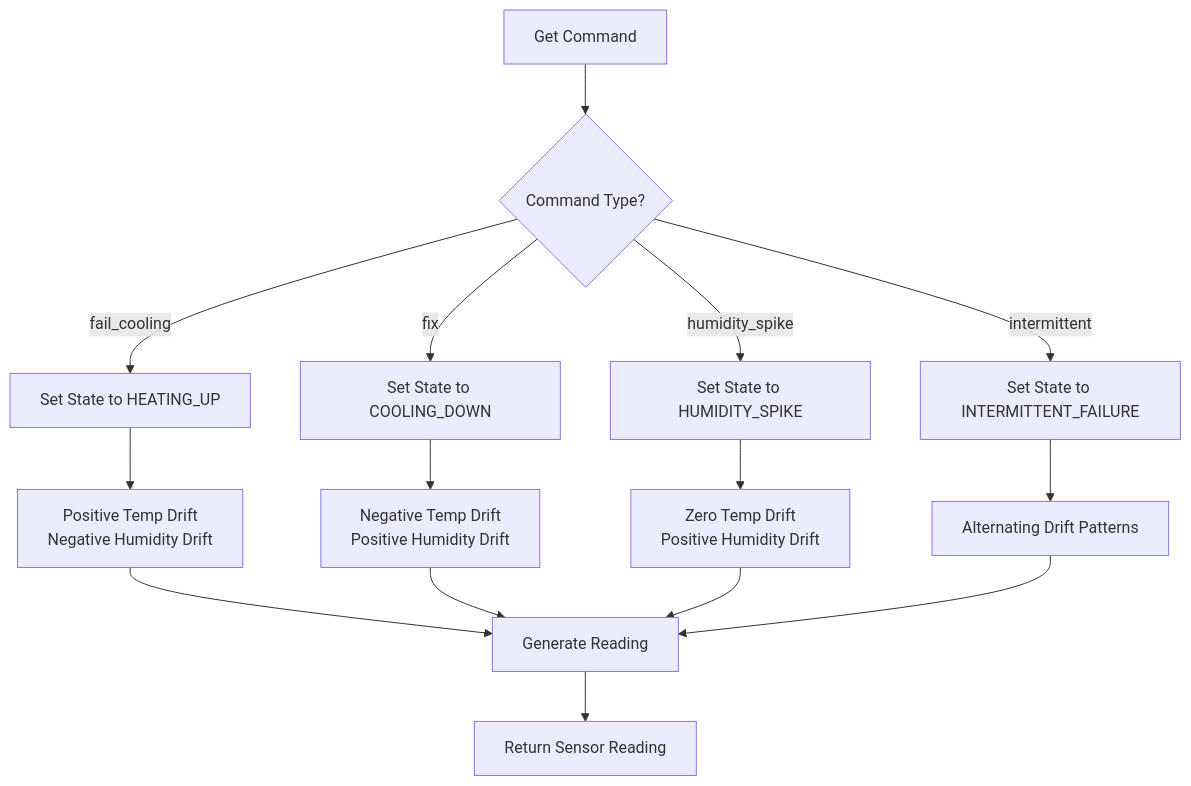
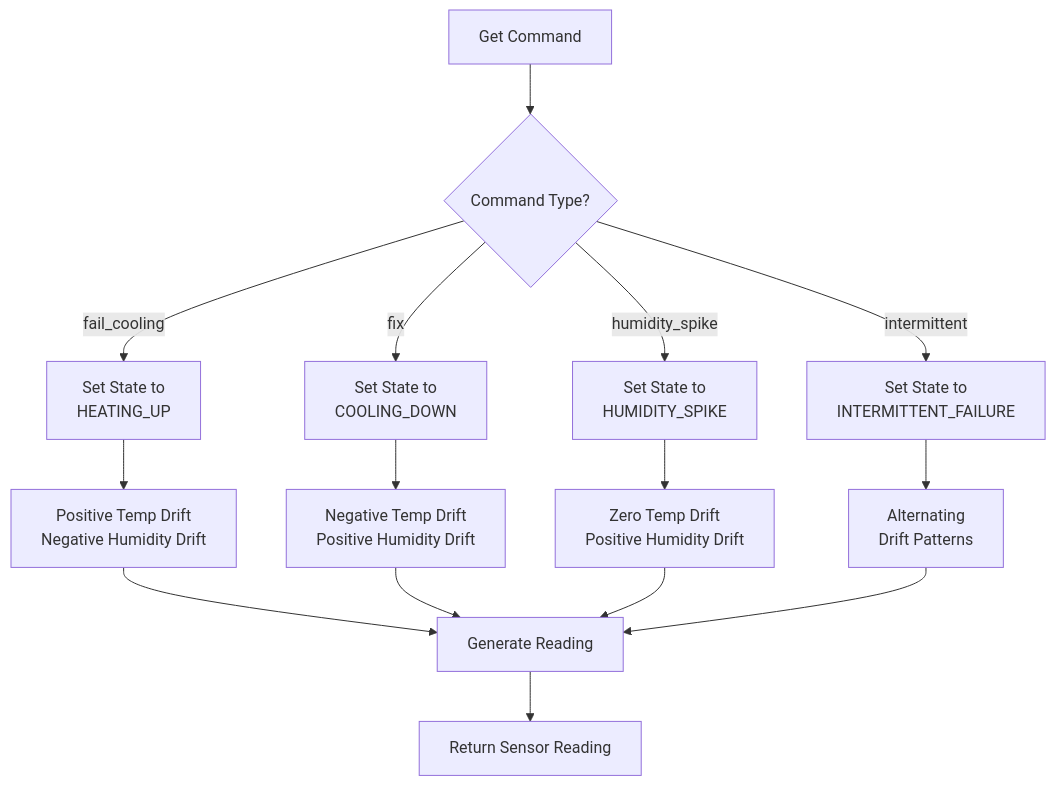
One commit to Oshadha345/server-sentinel-c changed the second of 4 diagrams in docs/flowchart.md. Above: the diagram before and after it, drawn with Mermaid. The commit also changed other lines of this file, not shown here.

First line of the commit message:
Enhance flowchart docs with improved formatting and clarity

````diff
--- a/docs/flowchart.md
+++ b/docs/flowchart.md
@@ -40,20 +43,20 @@
 ```mermaid
 graph TD
     A2[Get Command] --> B2{Command Type?}
-    B2 -- fail_cooling --> C2[Set State to HEATING_UP]
-    B2 -- fix --> D2[Set State to COOLING_DOWN]
-    B2 -- humidity_spike --> E2[Set State to HUMIDITY_SPIKE]
-    B2 -- intermittent --> F2[Set State to INTERMITTENT_FAILURE]
+    B2 -- fail_cooling --> C2[Set State to<br>HEATING_UP]
+    B2 -- fix --> D2[Set State to<br>COOLING_DOWN]
+    B2 -- humidity_spike --> E2[Set State to<br>HUMIDITY_SPIKE]
+    B2 -- intermittent --> F2[Set State to<br>INTERMITTENT_FAILURE]
     
     C2 --> G2[Positive Temp Drift<br>Negative Humidity Drift]
     D2 --> H2[Negative Temp Drift<br>Positive Humidity Drift]
     E2 --> I2[Zero Temp Drift<br>Positive Humidity Drift]
-    F2 --> J2[Alternating Drift Patterns]
+    F2 --> J2[Alternating<br>Drift Patterns]
     
     G2 --> K2[Generate Reading]
     H2 --> K2
     I2 --> K2
     J2 --> K2
     
     K2 --> L2[Return Sensor Reading]
 ```
````
